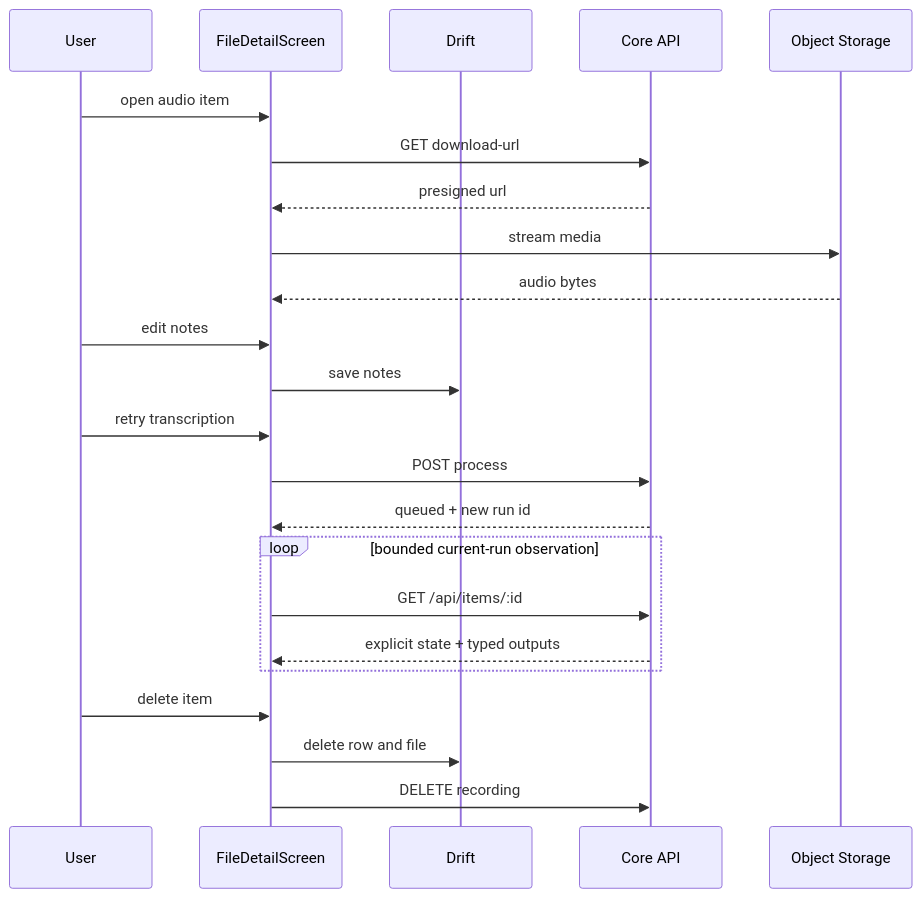
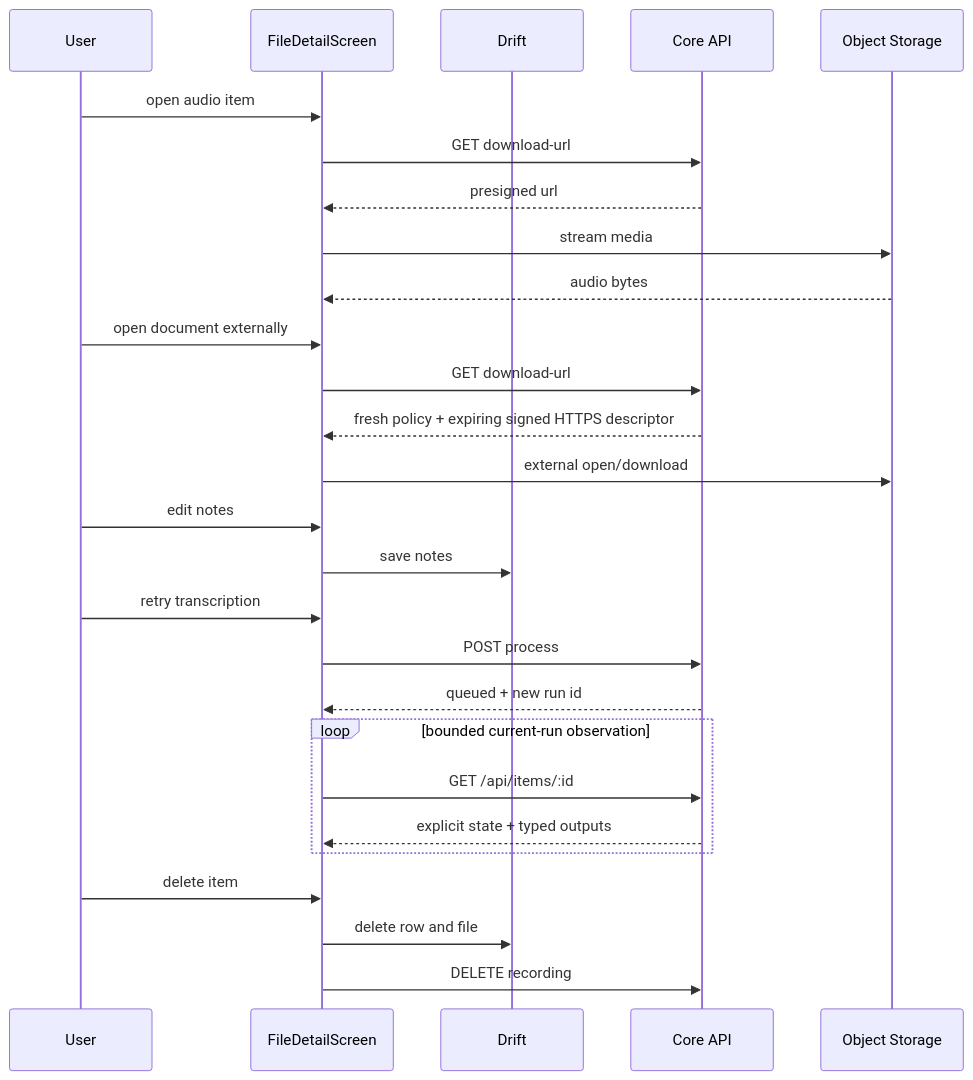
One commit to matome-org/matome-app changed the diagram in .docs/use-cases/uc-10-read-item.md. Above: the diagram before and after it, drawn with Mermaid. The commit also changed other lines of this file and 140 other files, not shown here.

````diff
--- a/.docs/use-cases/uc-10-read-item.md
+++ b/.docs/use-cases/uc-10-read-item.md
@@ -32,25 +39,29 @@
 ```mermaid
 sequenceDiagram
   participant User
   participant Screen as FileDetailScreen
   participant Drift
   participant Core as Core API
   participant Storage as Object Storage
   User->>Screen: open audio item
   Screen->>Core: GET download-url
   Core-->>Screen: presigned url
   Screen->>Storage: stream media
   Storage-->>Screen: audio bytes
+  User->>Screen: open document externally
+  Screen->>Core: GET download-url
+  Core-->>Screen: fresh policy + expiring signed HTTPS descriptor
+  Screen->>Storage: external open/download
   User->>Screen: edit notes
   Screen->>Drift: save notes
   User->>Screen: retry transcription
   Screen->>Core: POST process
   Core-->>Screen: queued + new run id
   loop bounded current-run observation
     Screen->>Core: GET /api/items/:id
     Core-->>Screen: explicit state + typed outputs
   end
   User->>Screen: delete item
   Screen->>Drift: delete row and file
   Screen->>Core: DELETE recording
 ```
````
